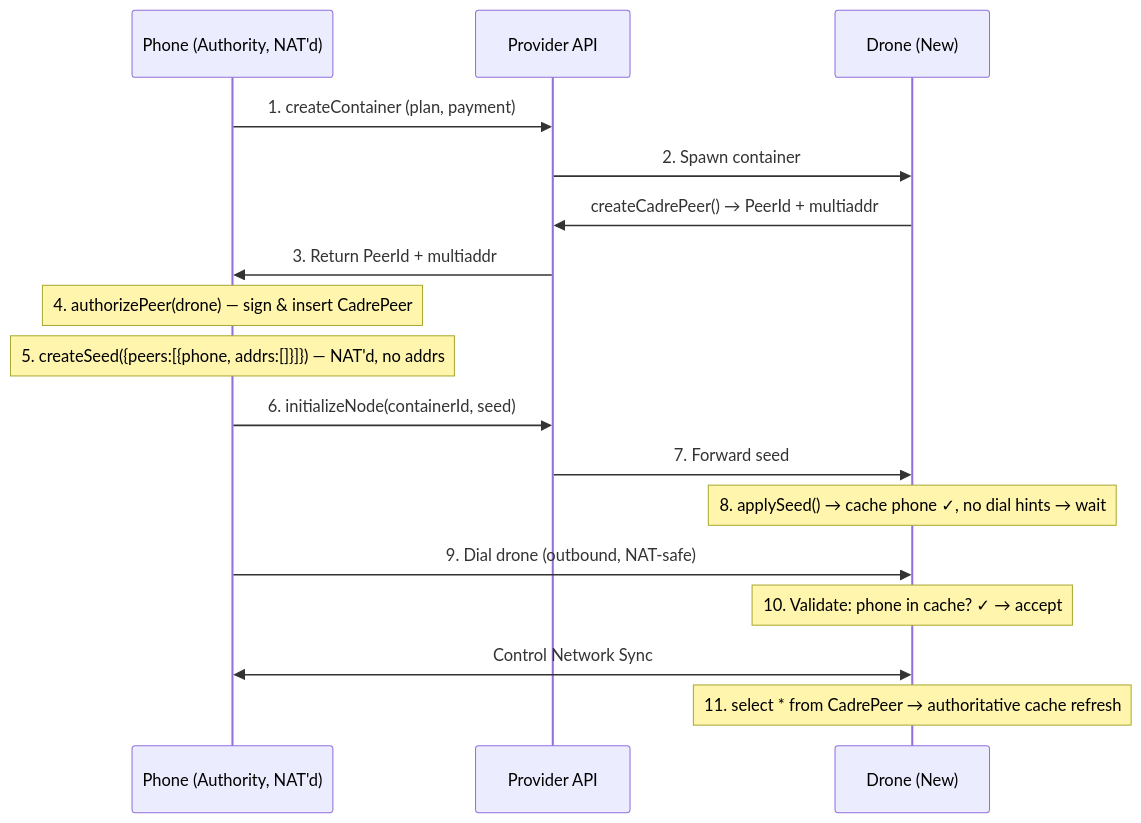
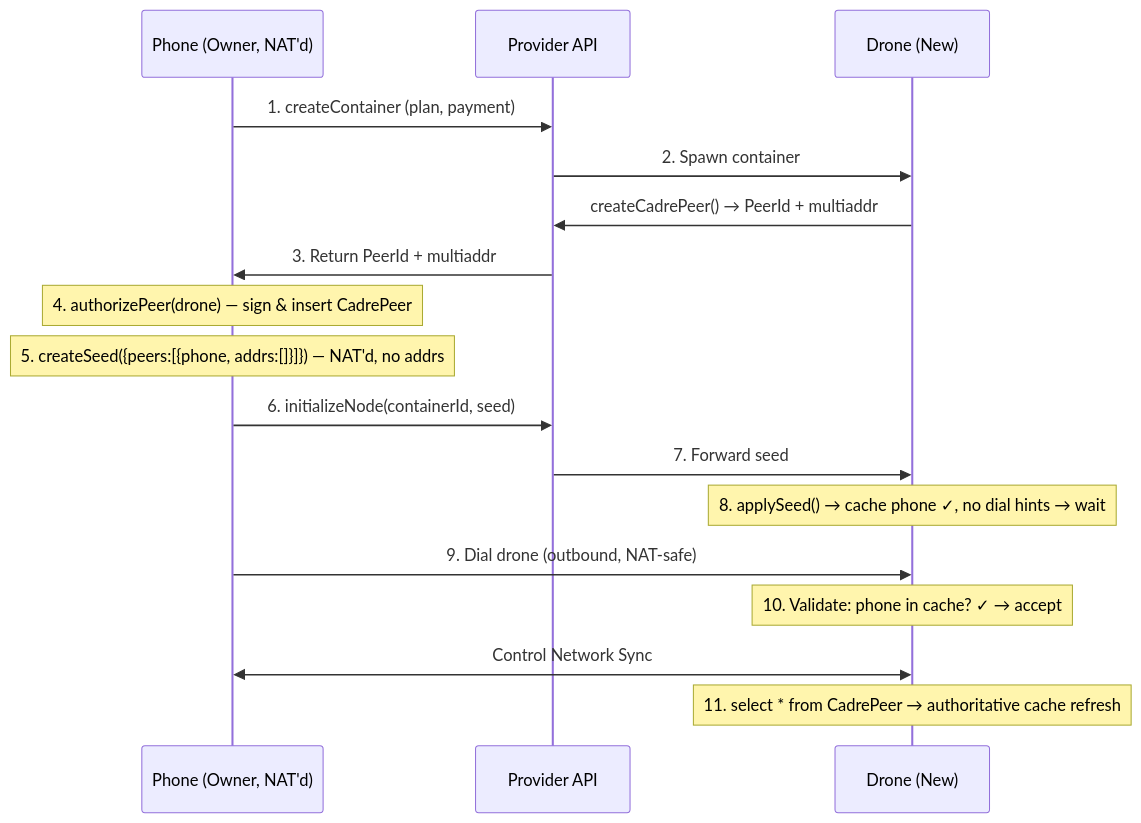
The third of 12 diagrams in docs/architecture.md (gotchoices/sereus), drawn with Mermaid before and after one commit. The commit also changed other lines of this file and 127 other files, not shown here.

Commit message:
ticket(implement): rename-cadre-authority-to-owner

````diff
--- a/docs/architecture.md
+++ b/docs/architecture.md
@@ -195,19 +195,19 @@
 ```mermaid
 sequenceDiagram
-    participant Ph as Phone (Authority, NAT'd)
+    participant Ph as Phone (Owner, NAT'd)
     participant P as Provider API
     participant D as Drone (New)
     Ph->>P: 1. createContainer (plan, payment)
     P->>D: 2. Spawn container
     D->>P: createCadrePeer() → PeerId + multiaddr
     P->>Ph: 3. Return PeerId + multiaddr
     Note over Ph: 4. authorizePeer(drone) — sign & insert CadrePeer
     Note over Ph: 5. createSeed({peers:[{phone, addrs:[]}]}) — NAT'd, no addrs
     Ph->>P: 6. initializeNode(containerId, seed)
     P->>D: 7. Forward seed
     Note over D: 8. applySeed() → cache phone ✓, no dial hints → wait
     Ph->>D: 9. Dial drone (outbound, NAT-safe)
     Note over D: 10. Validate: phone in cache? ✓ → accept
     Ph<<->>D: Control Network Sync
     Note over D: 11. select * from CadrePeer → authoritative cache refresh
 ```
````
